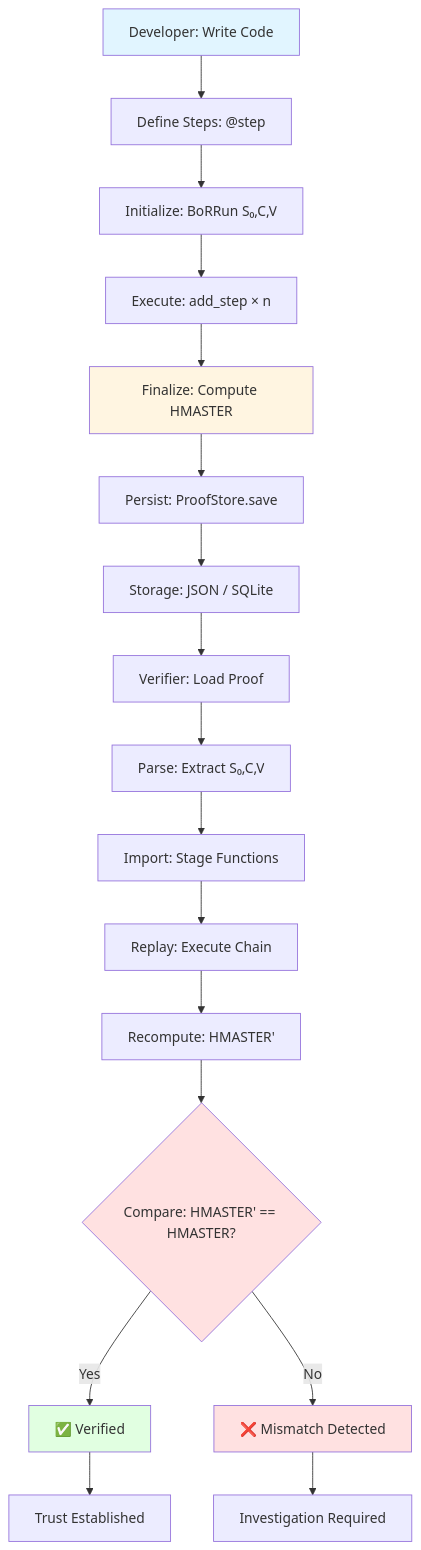
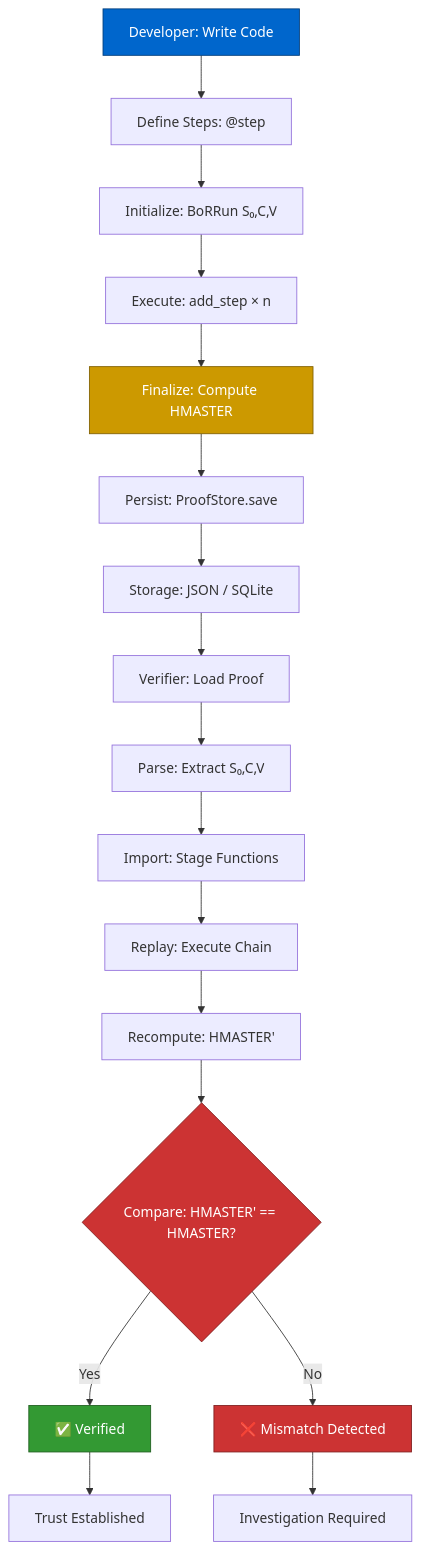
Before and after one commit to kushagrab21/BOR-SDK: the ninth of 10 diagrams in docs/BoR_Execution_Trace_Report.md, drawn with Mermaid. The commit also changed other lines of this file, not shown here.

Commit message:
Fix Mermaid diagram colors: darker fills with white text for better visibility

````diff
--- a/docs/BoR_Execution_Trace_Report.md
+++ b/docs/BoR_Execution_Trace_Report.md
@@ -1045,29 +1045,29 @@
 ```mermaid
 graph TD
     A[Developer: Write Code] --> B[Define Steps: @step]
     B --> C[Initialize: BoRRun S₀,C,V]
     C --> D[Execute: add_step × n]
     D --> E[Finalize: Compute HMASTER]
     E --> F[Persist: ProofStore.save]
     
     F --> G[Storage: JSON / SQLite]
     
     G --> H[Verifier: Load Proof]
     H --> I[Parse: Extract S₀,C,V]
     I --> J[Import: Stage Functions]
     J --> K[Replay: Execute Chain]
     K --> L[Recompute: HMASTER']
     L --> M{Compare: HMASTER' == HMASTER?}
     
     M -->|Yes| N[✅ Verified]
     M -->|No| O[❌ Mismatch Detected]
     
     N --> P[Trust Established]
     O --> Q[Investigation Required]
     
-    style A fill:#e1f5ff
-    style E fill:#fff5e1
-    style M fill:#ffe1e1
-    style N fill:#e1ffe1
-    style O fill:#ffe1e1
+    style A fill:#0066cc,stroke:#003d7a,color:#fff
+    style E fill:#cc9900,stroke:#806000,color:#fff
+    style M fill:#cc3333,stroke:#801f1f,color:#fff
+    style N fill:#339933,stroke:#1f5e1f,color:#fff
+    style O fill:#cc3333,stroke:#801f1f,color:#fff
 ```
````
